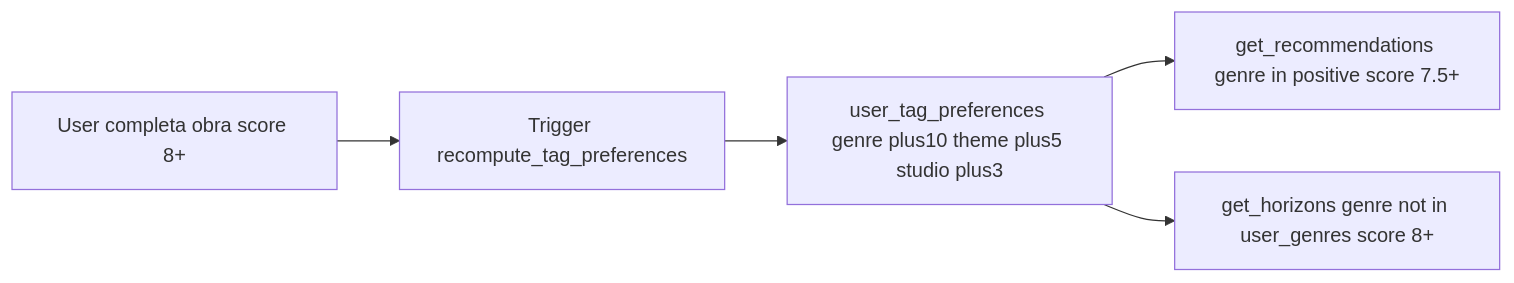
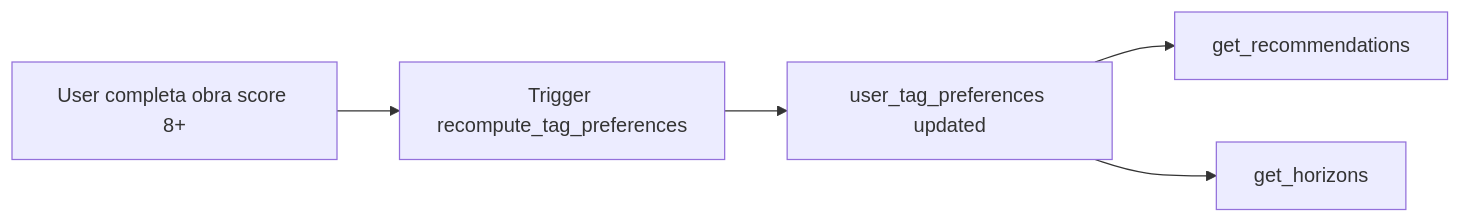
The diagram in README.md (MikuBR/Hubble), drawn with Mermaid before and after one commit. The commit also changed other lines of this file, not shown here.

Commit message:
fix: replace complex Mermaid with simple flowchart + bullet list

````diff
--- a/README.md
+++ b/README.md
@@ -145,7 +145,7 @@
 ```mermaid
-graph LR
+flowchart LR
     A[User completa obra score 8+] --> B[Trigger recompute_tag_preferences]
-    B --> C[user_tag_preferences genre plus10 theme plus5 studio plus3]
-    C --> D[get_recommendations genre in positive score 7.5+]
-    C --> E[get_horizons genre not in user_genres score 8+]
+    B --> C[user_tag_preferences updated]
+    C --> D[get_recommendations]
+    C --> E[get_horizons]
 ```
````
